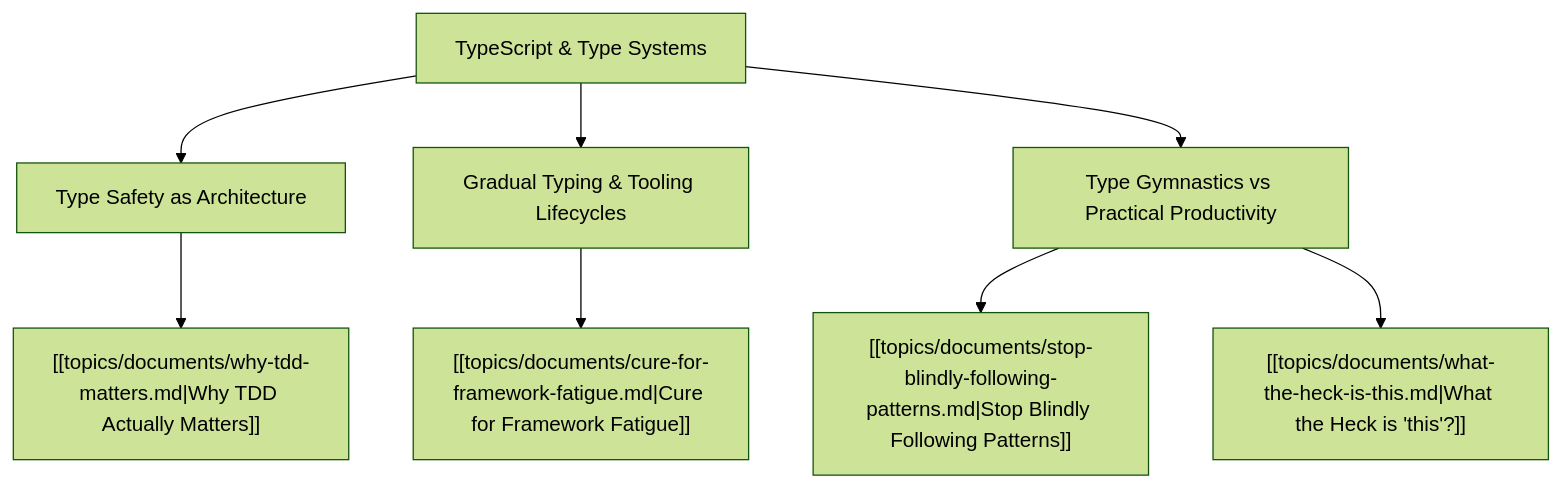
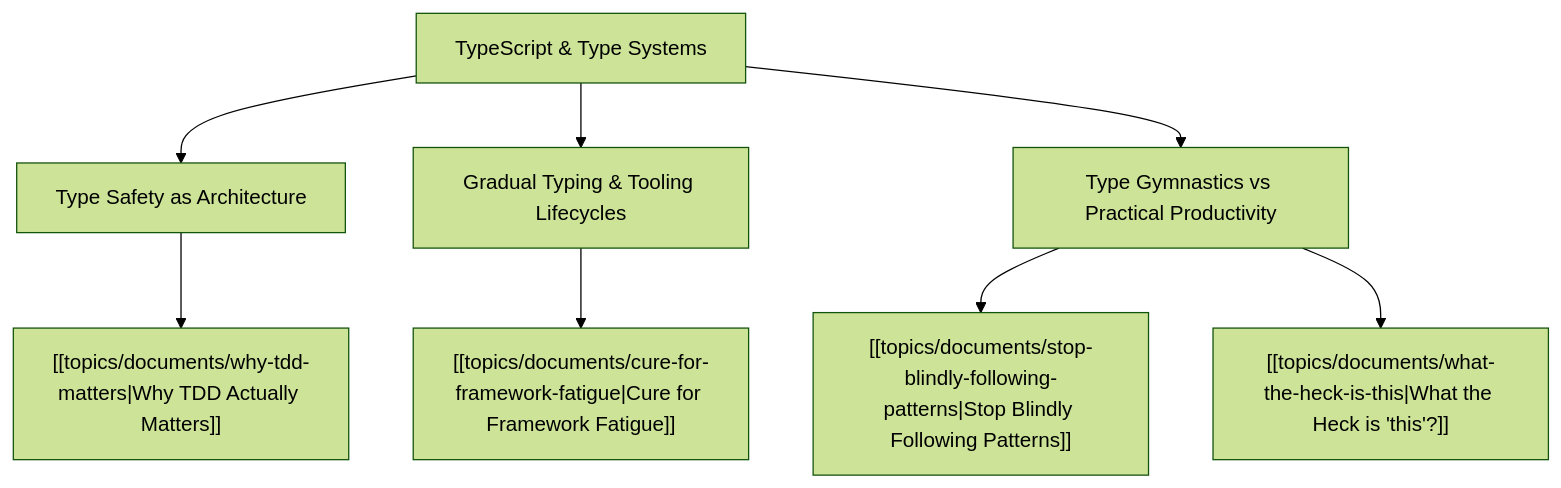
Before and after one commit to cstroliadavis/social-media-ideas: the diagram in topics/themes/typescript.md, drawn with Mermaid (forest theme). The commit also changed other lines of this file and 25 other files, not shown here.

````diff
--- a/topics/themes/typescript.md
+++ b/topics/themes/typescript.md
@@ -12,13 +21,13 @@
 ```mermaid
 graph TD
     TS["TypeScript & Type Systems"]
     
     TS --> ROBUST["Type Safety as Architecture"]
     TS --> EVOLUTION["Gradual Typing & Tooling Lifecycles"]
     TS --> OVERENG["Type Gymnastics vs Practical Productivity"]
     
-    ROBUST --> D1["[[topics/documents/why-tdd-matters.md|Why TDD Actually Matters]]"]
-    EVOLUTION --> D2["[[topics/documents/cure-for-framework-fatigue.md|Cure for Framework Fatigue]]"]
-    OVERENG --> D3["[[topics/documents/stop-blindly-following-patterns.md|Stop Blindly Following Patterns]]"]
-    OVERENG --> D4["[[topics/documents/what-the-heck-is-this.md|What the Heck is 'this'?]]"]
+    ROBUST --> D1["[[topics/documents/why-tdd-matters|Why TDD Actually Matters]]"]
+    EVOLUTION --> D2["[[topics/documents/cure-for-framework-fatigue|Cure for Framework Fatigue]]"]
+    OVERENG --> D3["[[topics/documents/stop-blindly-following-patterns|Stop Blindly Following Patterns]]"]
+    OVERENG --> D4["[[topics/documents/what-the-heck-is-this|What the Heck is 'this'?]]"]
 ```
````
